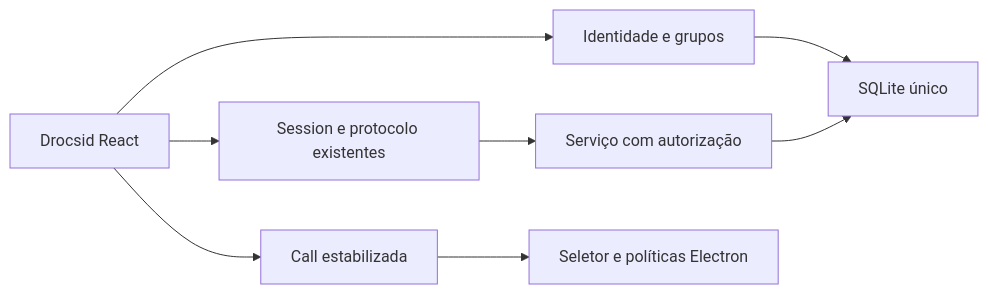
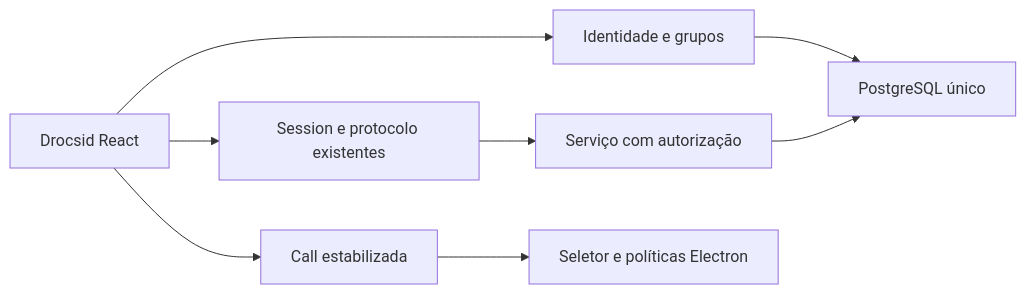
The diagram in .specs/features/merge-drocsid/design.md (fumagallilaura/drocsid), drawn with Mermaid before and after one commit. The commit also changed other lines of this file and 4 other files, not shown here.

````diff
--- a/.specs/features/merge-drocsid/design.md
+++ b/.specs/features/merge-drocsid/design.md
@@ -9,10 +9,10 @@
 ```mermaid
 flowchart LR
   UI[Drocsid React] --> Identity[Identidade e grupos]
   UI --> Session[Session e protocolo existentes]
   Session --> Service[Serviço com autorização]
-  Identity --> DB[SQLite único]
+  Identity --> DB[PostgreSQL único]
   Service --> DB
   UI --> Call[Call estabilizada]
   Call --> Host[Seletor e políticas Electron]
 ```
````
